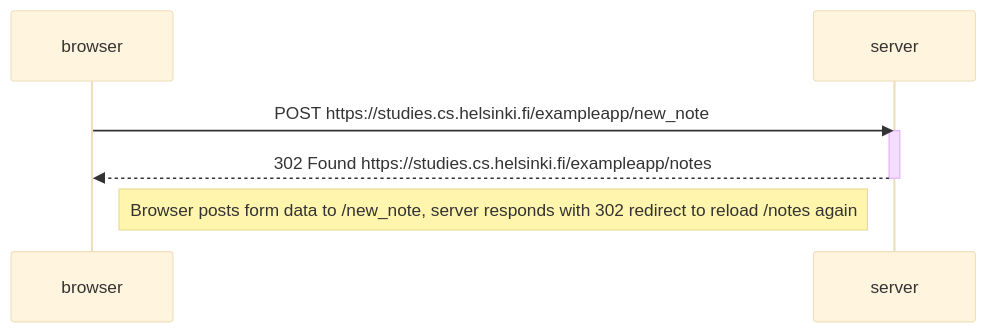
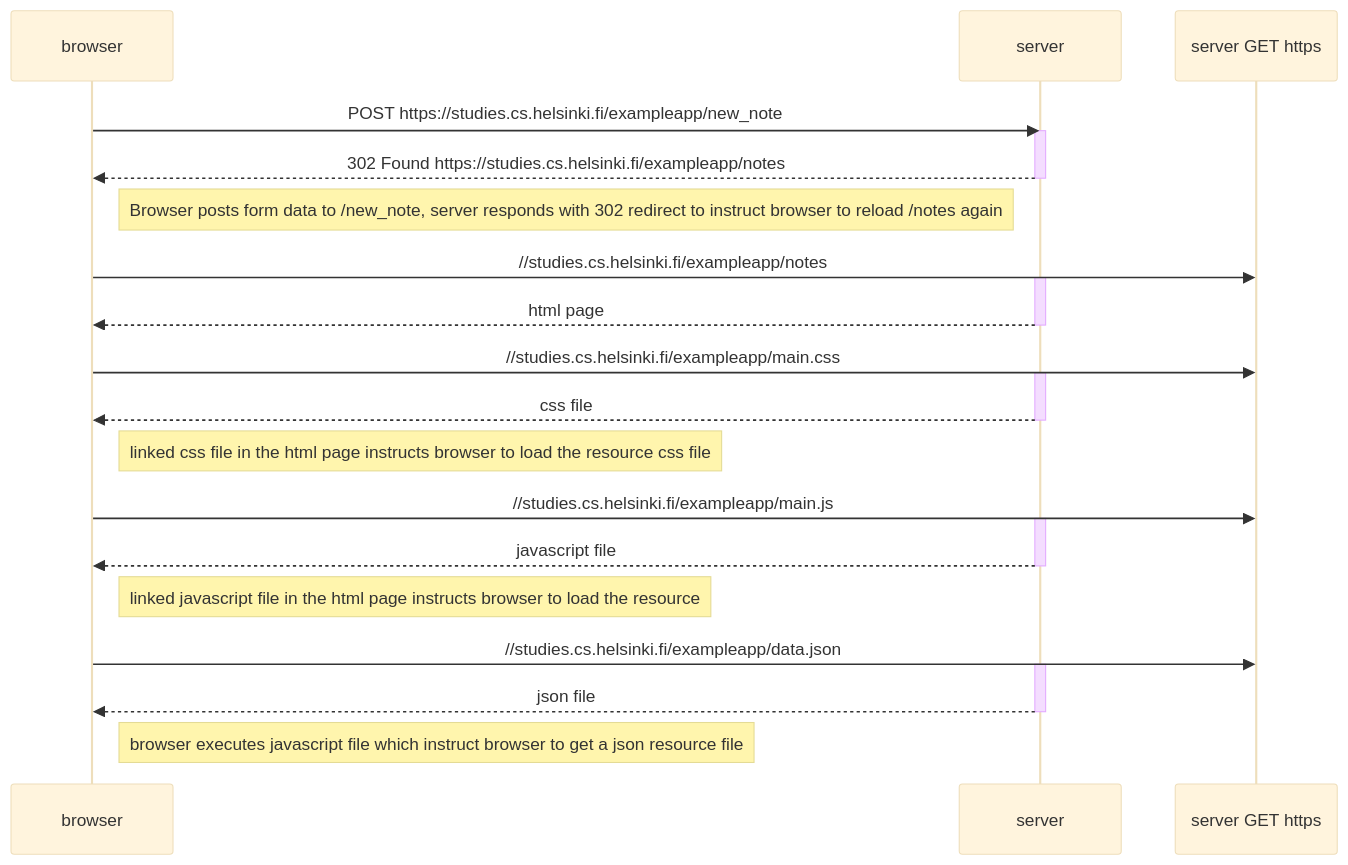
One commit to suunturi/fullstack_c changed the diagram in part0/diagram04.md. Above: the diagram before and after it, drawn with Mermaid (base theme).

Commit message:
finished diagram04

````diff
--- a/part0/diagram04.md
+++ b/part0/diagram04.md
@@ -1,17 +1,39 @@
 ```mermaid
 
 sequenceDiagram
     participant browser
     participant server
 
     browser->>server: POST https://studies.cs.helsinki.fi/exampleapp/new_note
     activate server
     server-->>browser: 302 Found https://studies.cs.helsinki.fi/exampleapp/notes
     deactivate server
 
-    Note right of browser: Browser posts form data to /new_note, server responds with 302 redirect to reload /notes again
+    Note right of browser: Browser posts form data to /new_note, server responds with 302 redirect to instruct browser to reload /notes again
 
-    
+    browser->>server GET https://studies.cs.helsinki.fi/exampleapp/notes
+    activate server
+    server-->>browser: html page
+    deactivate server
 
+    browser->>server GET https://studies.cs.helsinki.fi/exampleapp/main.css
+    activate server
+    server-->>browser: css file
+    deactivate server
 
+    Note right of browser: linked css file in the html page instructs browser to load the resource css file
+
+    browser->>server GET https://studies.cs.helsinki.fi/exampleapp/main.js
+    activate server
+    server-->>browser: javascript file
+    deactivate server
+
+    Note right of browser: linked javascript file in the html page instructs browser to load the resource
+
+    browser->>server GET https://studies.cs.helsinki.fi/exampleapp/data.json
+    activate server
+    server-->>browser: json file
+    deactivate server
+
+    Note right of browser: browser executes javascript file which instruct browser to get a json resource file
 ```
````
